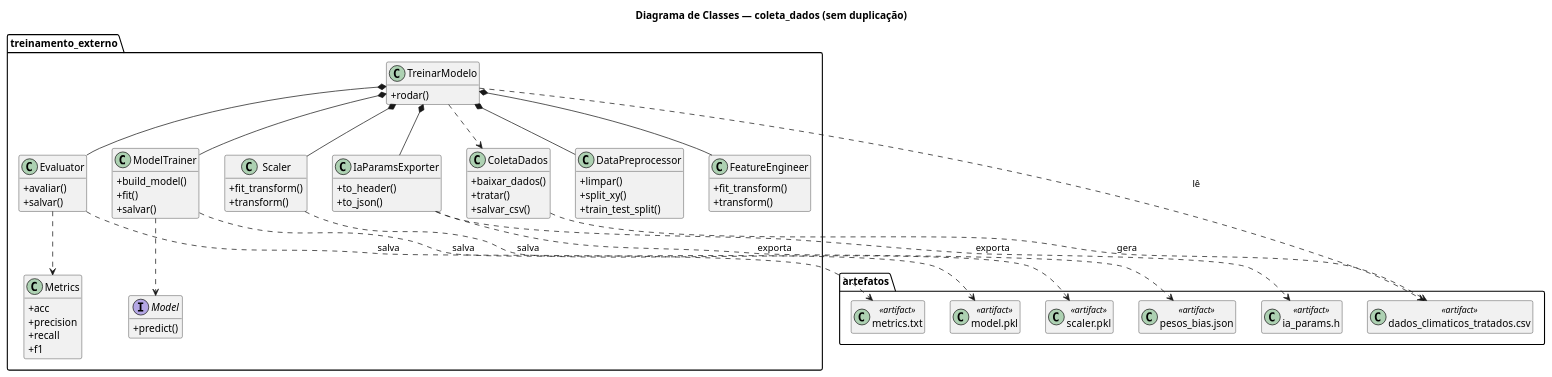
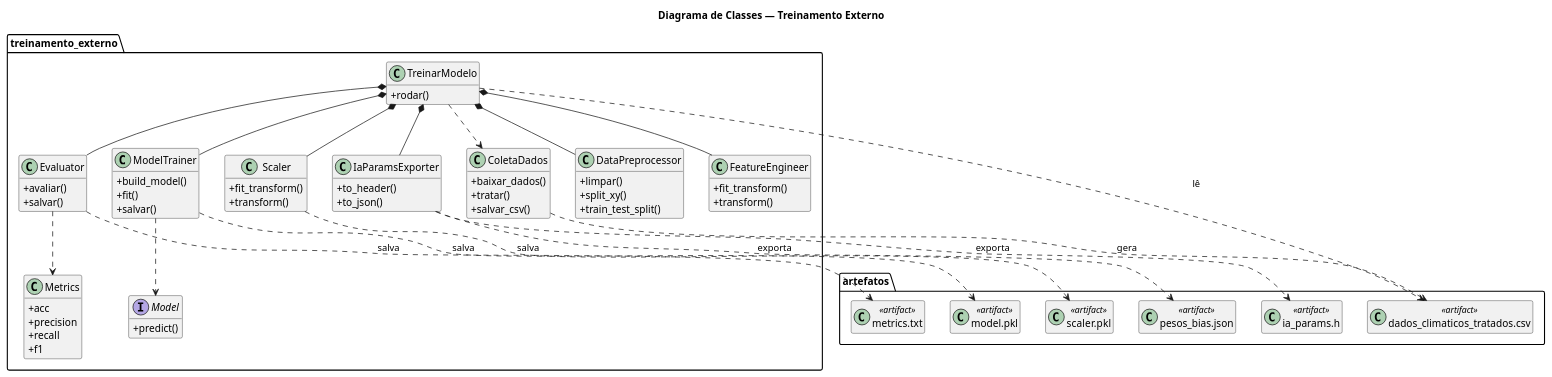
One commit to NahanRezende/edge-ai-mlops-smart-irrigation-esp32 changed the diagram in plantuml/diagramaDeClassesTreinoExterno.puml. Above: the diagram before and after it, drawn with PlantUML. The commit also changed 14 other files, not shown here.

```diff
--- a/plantuml/diagramaDeClassesTreinoExterno.puml
+++ b/plantuml/diagramaDeClassesTreinoExterno.puml
@@ -1,93 +1,93 @@
 @startuml
-title Diagrama de Classes — coleta_dados (sem duplicação)
+title Diagrama de Classes — Treinamento Externo
 skinparam classAttributeIconSize 0
 hide empty members
 
 package treinamento_externo {
   class ColetaDados {
     +baixar_dados()
     +tratar()
     +salvar_csv()
   }
 
   class DataPreprocessor {
     +limpar()
     +split_xy()
     +train_test_split()
   }
 
   class FeatureEngineer {
     +fit_transform()
     +transform()
   }
 
   class Scaler {
     +fit_transform()
     +transform()
   }
 
   interface Model {
     +predict()
   }
 
   class ModelTrainer {
     +build_model()
     +fit()
     +salvar()
   }
 
   class Evaluator {
     +avaliar()
     +salvar()
   }
 
   class Metrics {
     +acc
     +precision
     +recall
     +f1
   }
 
   class IaParamsExporter {
     +to_header()
     +to_json()
   }
 
   class TreinarModelo {
     +rodar()
   }
 
   ' Orquestração por composição
   TreinarModelo *-- DataPreprocessor
   TreinarModelo *-- FeatureEngineer
   TreinarModelo *-- Scaler
   TreinarModelo *-- ModelTrainer
   TreinarModelo *-- Evaluator
   TreinarModelo *-- IaParamsExporter
 
   ' Dependências de uso
   TreinarModelo ..> ColetaDados
   Evaluator ..> Metrics
   ModelTrainer ..> Model
 }
 
 ' ====== Artefatos (defina UMA vez com alias e use os aliases) ======
 package artefatos {
   class "dados_climaticos_tratados.csv" as ART_CSV <<artifact>>
   class "model.pkl"                  as ART_MODEL <<artifact>>
   class "scaler.pkl"                 as ART_SCALER <<artifact>>
   class "metrics.txt"                as ART_METRICS <<artifact>>
   class "pesos_bias.json"            as ART_JSON <<artifact>>
   class "ia_params.h"                as ART_IA_H <<artifact>>
 }
 
 ' ====== Produção/consumo usando SÓ os aliases ======
 ColetaDados ..> ART_CSV : gera
 TreinarModelo ..> ART_CSV : lê
 
 ModelTrainer ..> ART_MODEL  : salva
 Scaler       ..> ART_SCALER : salva
 Evaluator    ..> ART_METRICS: salva
 IaParamsExporter ..> ART_IA_H : exporta
 IaParamsExporter ..> ART_JSON : exporta
 @enduml
```
